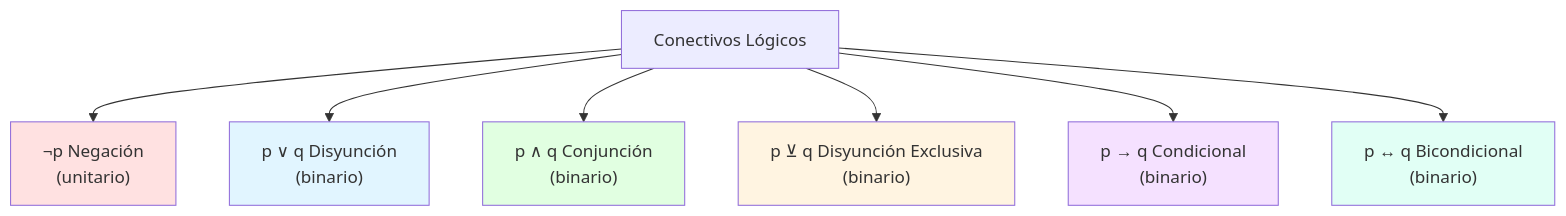
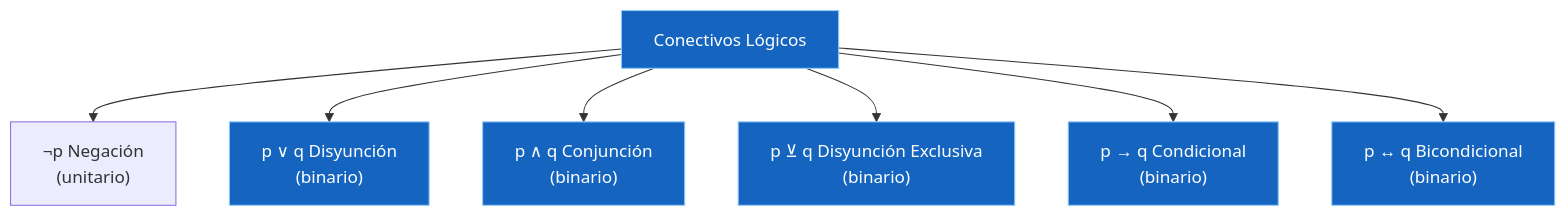
Before and after one commit to Fsteven22/Notas-ESPOL: the first of 2 diagrams in src/site/notes/Universidad/3er Semestre/Matemáticas Discretas/Unidad 1 - Logica y Conjuntos/I - Lógica Proporcional/01 - Proposiciones, conectivos lógicos, tablas de verdad , propiedades y circuitos combinatorio.md, drawn with Mermaid. The commit also changed other lines of this file and 79 other files, not shown here.

````diff
--- a/src/site/notes/Universidad/3er Semestre/Matemáticas Discretas/Unidad 1 - Logica y Conjuntos/I - Lógica Proporcional/01 - Proposiciones, conectivos lógicos, tablas de verdad , propiedades y circuitos combinatorio.md
+++ b/src/site/notes/Universidad/3er Semestre/Matemáticas Discretas/Unidad 1 - Logica y Conjuntos/I - Lógica Proporcional/01 - Proposiciones, conectivos lógicos, tablas de verdad , propiedades y circuitos combinatorio.md
@@ -253,16 +253,16 @@
 ```mermaid
 graph TD
     A[Conectivos Lógicos] --> B["¬p  Negación<br/>(unitario)"]
     A --> C["p ∨ q  Disyunción<br/>(binario)"]
     A --> D["p ∧ q  Conjunción<br/>(binario)"]
     A --> E["p ⊻ q  Disyunción Exclusiva<br/>(binario)"]
     A --> F["p → q  Condicional<br/>(binario)"]
     A --> G["p ↔ q  Bicondicional<br/>(binario)"]
+    style A fill:#1565C0,color:#FFFFFF,stroke:#90CAF9,stroke-width:1px
+    style C fill:#1565C0,color:#FFFFFF,stroke:#90CAF9,stroke-width:1px
+    style D fill:#1565C0,color:#FFFFFF,stroke:#90CAF9,stroke-width:1px
+    style E fill:#1565C0,color:#FFFFFF,stroke:#90CAF9,stroke-width:1px
+    style F fill:#1565C0,color:#FFFFFF,stroke:#90CAF9,stroke-width:1px
+    style G fill:#1565C0,color:#FFFFFF,stroke:#90CAF9,stroke-width:1px
 
-    style B fill:#ffe1e1
-    style C fill:#e1f5ff
-    style D fill:#e1ffe1
-    style E fill:#fff4e1
-    style F fill:#f5e1ff
-    style G fill:#e1fff5
 ```
````
